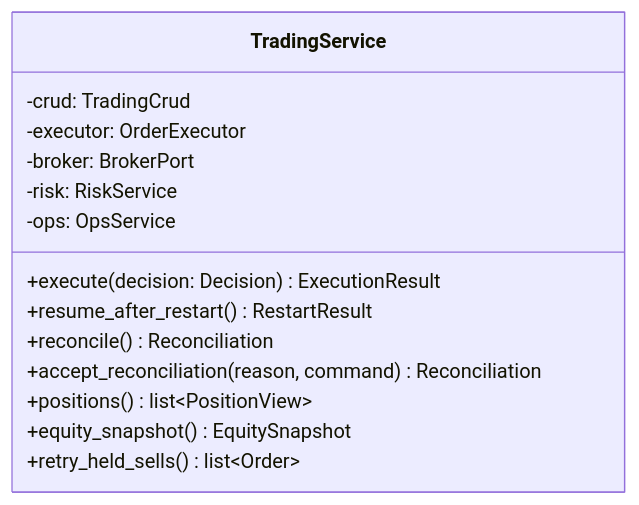
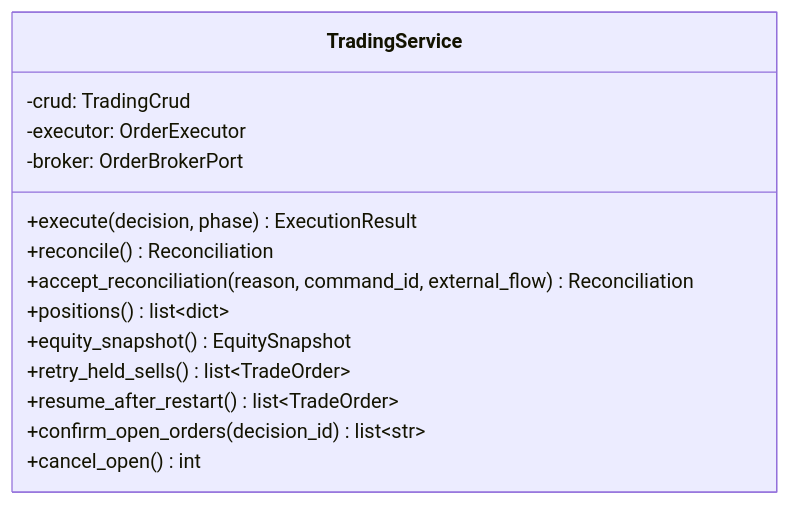
One commit to HoyoungParkme/quant-rebalance-bot changed the tenth of 17 diagrams in docs/specs/06-DOM/QBOT-DOM-002.md. Above: the diagram before and after it, drawn with Mermaid. The commit also changed other lines of this file, not shown here.

Commit message:
구현 반영: 조회 포트와 주문 포트 분리(6장 미결 2 해소), risk에 OrderGate·ValuationRecorder·LiveGate, reporting crud 추가, 폴더 구조를 실제와 맞춤, 입구 동시성 규칙

````diff
--- a/docs/specs/06-DOM/QBOT-DOM-002.md
+++ b/docs/specs/06-DOM/QBOT-DOM-002.md
@@ -260,17 +271,17 @@
 ```mermaid
 classDiagram
   class TradingService {
     -crud: TradingCrud
     -executor: OrderExecutor
-    -broker: BrokerPort
-    -risk: RiskService
-    -ops: OpsService
-    +execute(decision: Decision) ExecutionResult
-    +resume_after_restart() RestartResult
+    -broker: OrderBrokerPort
+    +execute(decision, phase) ExecutionResult
     +reconcile() Reconciliation
-    +accept_reconciliation(reason, command) Reconciliation
-    +positions() list~PositionView~
+    +accept_reconciliation(reason, command_id, external_flow) Reconciliation
+    +positions() list~dict~
     +equity_snapshot() EquitySnapshot
-    +retry_held_sells() list~Order~
+    +retry_held_sells() list~TradeOrder~
+    +resume_after_restart() list~TradeOrder~
+    +confirm_open_orders(decision_id) list~str~
+    +cancel_open() int
   }
 ```
````
